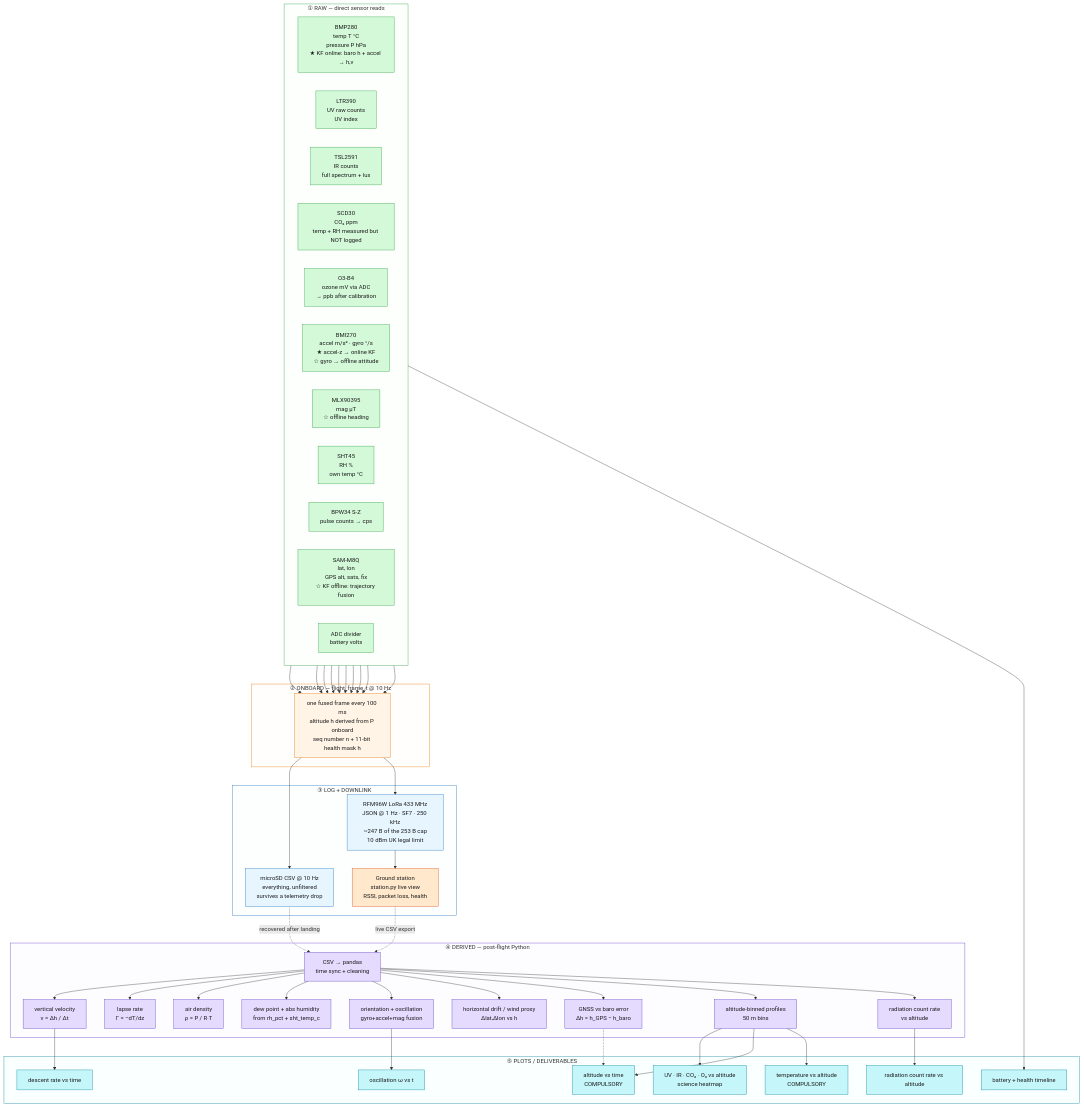
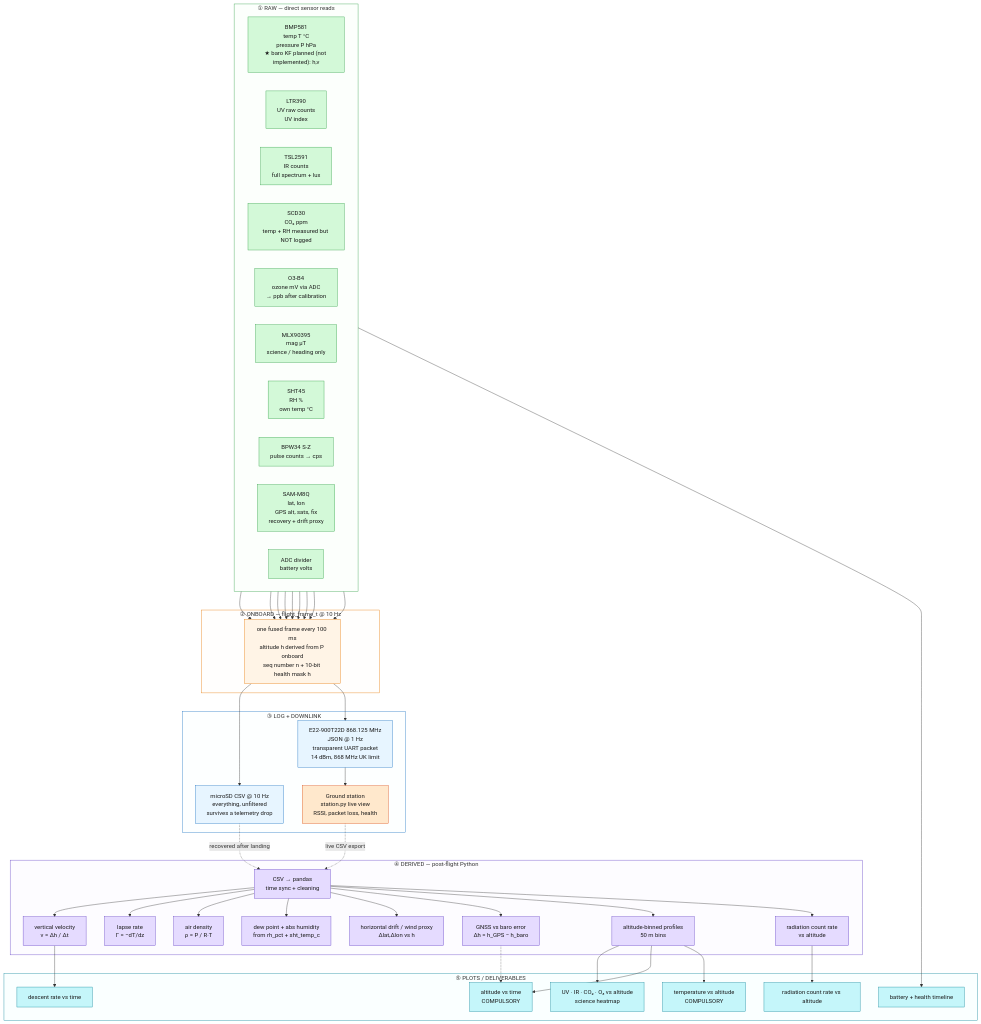
Before and after one commit to Phyeory/cansat-firmware: the diagram in docs/DATA-PIPELINE.md, drawn with Mermaid. The commit also changed other lines of this file and 57 other files, not shown here.

```diff
--- a/docs/DATA-PIPELINE.md
+++ b/docs/DATA-PIPELINE.md
@@ -14,28 +16,27 @@
     %% ================= RAW SENSORS =================
     subgraph raw["① RAW — direct sensor reads"]
         direction LR
-        BMP["BMP280<br/>temp T °C<br/>pressure P hPa<br/>★ KF online: baro h + accel → h,v"]
+        BMP["BMP581<br/>temp T °C<br/>pressure P hPa<br/>★ baro KF planned (not implemented): h,v"]
         LTR["LTR390<br/>UV raw counts<br/>UV index"]
         TSL["TSL2591<br/>IR counts<br/>full spectrum + lux"]
         SCD["SCD30<br/>CO₂ ppm<br/>temp + RH measured but NOT logged"]
         O3["O3-B4<br/>ozone mV via ADC<br/>→ ppb after calibration"]
-        BMI["BMI270<br/>accel m/s² · gyro °/s<br/>★ accel-z → online KF<br/>☆ gyro → offline attitude"]
-        MLX["MLX90395<br/>mag µT<br/>☆ offline heading"]
+        MLX["MLX90395<br/>mag µT<br/>science / heading only"]
         SHT["SHT45<br/>RH %<br/>own temp °C"]
         RAD["BPW34 S-Z<br/>pulse counts → cps"]
-        GPS["SAM-M8Q<br/>lat, lon<br/>GPS alt, sats, fix<br/>☆ KF offline: trajectory fusion"]
+        GPS["SAM-M8Q<br/>lat, lon<br/>GPS alt, sats, fix<br/>recovery + drift proxy"]
         BAT["ADC divider<br/>battery volts"]
     end
 
     %% ================= ONBOARD FUSION =================
     subgraph frame["② ONBOARD — flight_frame_t @ 10 Hz"]
-        FUS["one fused frame every 100 ms<br/>altitude h derived from P onboard<br/>seq number n + 11-bit health mask h"]
+        FUS["one fused frame every 100 ms<br/>altitude h derived from P onboard<br/>seq number n + 10-bit health mask h"]
     end
 
     %% ================= LOG + DOWNLINK =================
     subgraph store["③ LOG + DOWNLINK"]
         SD["microSD CSV @ 10 Hz<br/>everything, unfiltered<br/>survives a telemetry drop"]
-        LORA["RFM96W LoRa 433 MHz<br/>JSON @ 1 Hz · SF7 · 250 kHz<br/>~247 B of the 253 B cap<br/>10 dBm UK legal limit"]
+        LORA["E22-900T22D 868.125 MHz<br/>JSON @ 1 Hz<br/>transparent UART packet<br/>14 dBm, 868 MHz UK limit"]
         GS["Ground station<br/>station.py live view<br/>RSSI, packet loss, health"]
     end
 
@@ -46,7 +47,6 @@
         LAP["lapse rate<br/>Γ = −dT/dz"]
         DEN["air density<br/>ρ = P / R·T"]
         HUM["dew point + abs humidity<br/>from rh_pct + sht_temp_c"]
-        ATT["orientation + oscillation<br/>gyro+accel+mag fusion"]
         WIND["horizontal drift / wind proxy<br/>Δlat,Δlon vs h"]
         ERR["GNSS vs baro error<br/>Δh = h_GPS − h_baro"]
         BIN["altitude-binned profiles<br/>50 m bins"]
@@ -60,7 +60,6 @@
         P3["descent rate vs time"]
         P4["UV · IR · CO₂ · O₃ vs altitude<br/>science heatmap"]
         P5["battery + health timeline"]
-        P6["oscillation ω vs t"]
         P7["radiation count rate vs altitude"]
     end
 
@@ -70,7 +69,6 @@
     TSL --> FUS
     SCD --> FUS
     O3 --> FUS
-    BMI --> FUS
     MLX --> FUS
     SHT --> FUS
     GPS --> FUS
@@ -87,7 +85,6 @@
     PY --> LAP
     PY --> DEN
     PY --> HUM
-    PY --> ATT
     PY --> WIND
     PY --> ERR
     PY --> BIN
@@ -99,7 +96,6 @@
     BIN --> P2
     ERR -.-> P1
     BAT --> P5
-    ATT --> P6
     RADC --> P7
 
     %% ===== styling =====
@@ -110,12 +106,12 @@
     classDef derN fill:#e5dbff,stroke:#5f3dc4,color:#1b1b1b
     classDef plotN fill:#c5f6fa,stroke:#0c8599,color:#1b1b1b
 
-    class BMP,LTR,TSL,SCD,O3,BMI,MLX,SHT,RAD,GPS,BAT rawN
+    class BMP,LTR,TSL,SCD,O3,MLX,SHT,RAD,GPS,BAT rawN
     class FUS frameN
     class SD,LORA storeN
     class GS groundN
-    class PY,V,LAP,DEN,HUM,ATT,WIND,ERR,BIN,RADC derN
-    class P1,P2,P3,P4,P5,P6,P7 plotN
+    class PY,V,LAP,DEN,HUM,WIND,ERR,BIN,RADC derN
+    class P1,P2,P3,P4,P5,P7 plotN
 
     style raw fill:#d3f9d815,stroke:#2f9e44
     style frame fill:#fff4e615,stroke:#e67700
```
